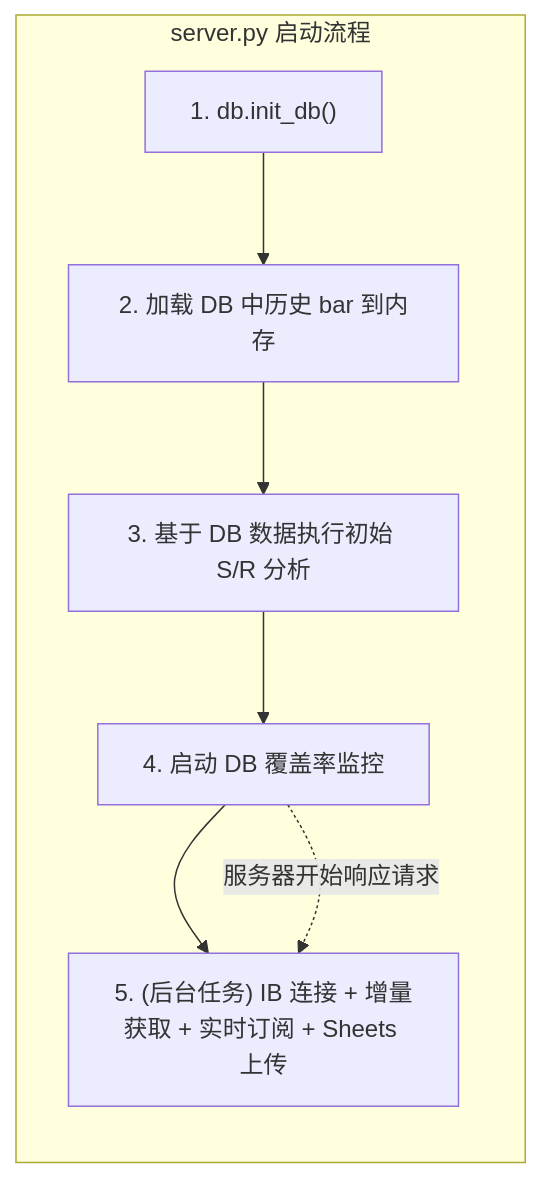
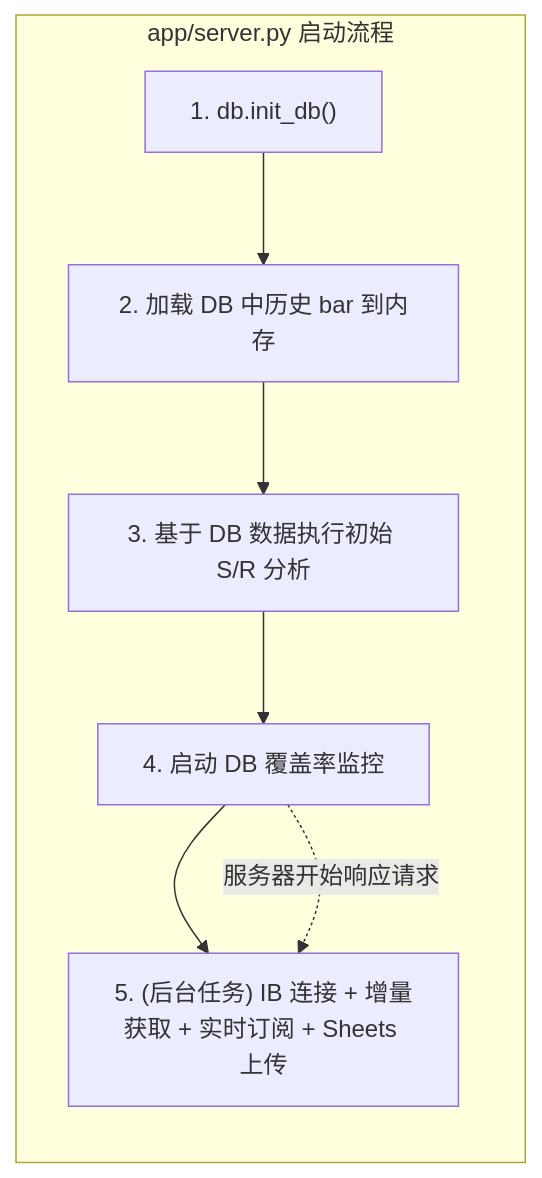
The third of 7 diagrams in priceaction/README.md (ditto0907/TradeDev), drawn with Mermaid before and after one commit. The commit also changed other lines of this file and 45 other files, not shown here.

````diff
--- a/priceaction/README.md
+++ b/priceaction/README.md
@@ -359,13 +357,13 @@
 ```mermaid
 graph TB
-    subgraph 启动生命周期["server.py 启动流程"]
+    subgraph 启动生命周期["app/server.py 启动流程"]
         direction TB
         S1["1. db.init_db()"]
         S2["2. 加载 DB 中历史 bar 到内存"]
         S3["3. 基于 DB 数据执行初始 S/R 分析"]
         S4["4. 启动 DB 覆盖率监控"]
         S5["5. (后台任务) IB 连接 + 增量获取 + 实时订阅 + Sheets 上传"]
         S1 --> S2 --> S3 --> S4 --> S5
         S4 -.->|"服务器开始响应请求"| S5
     end
 ```
````
